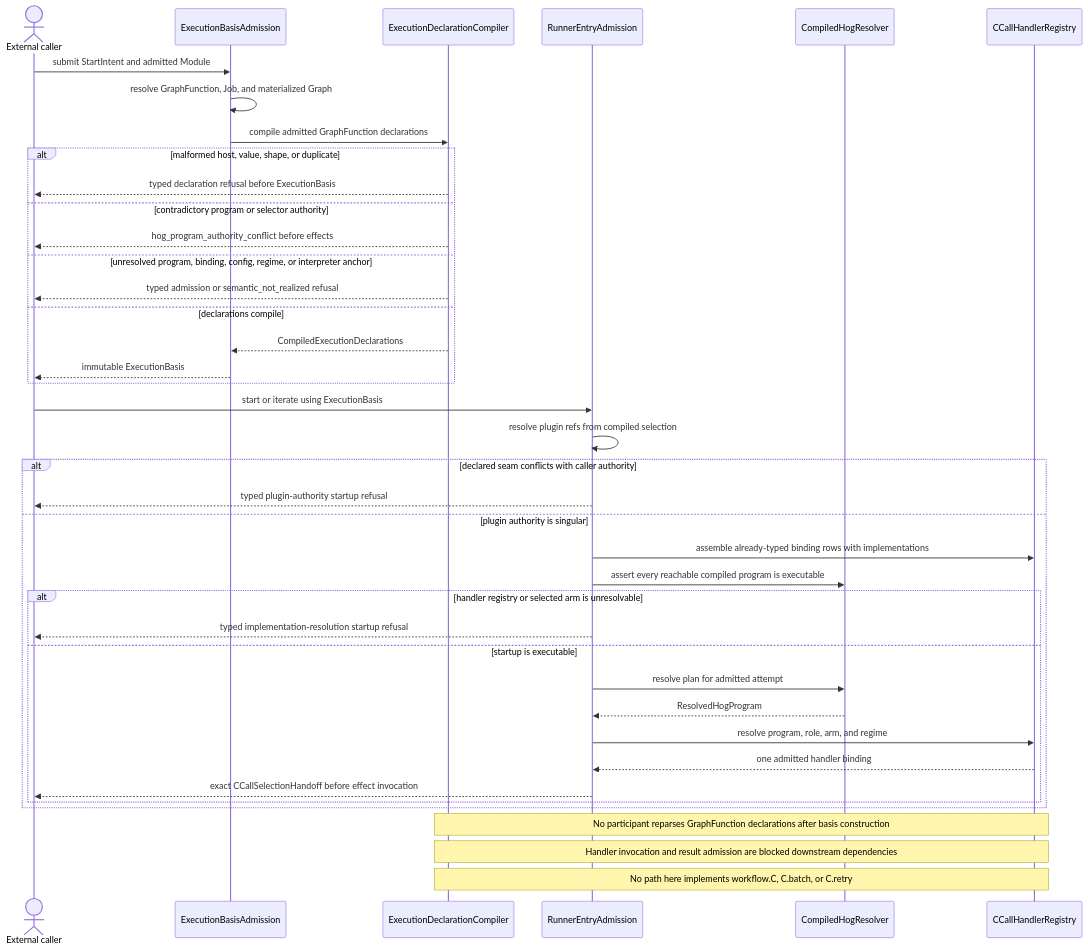
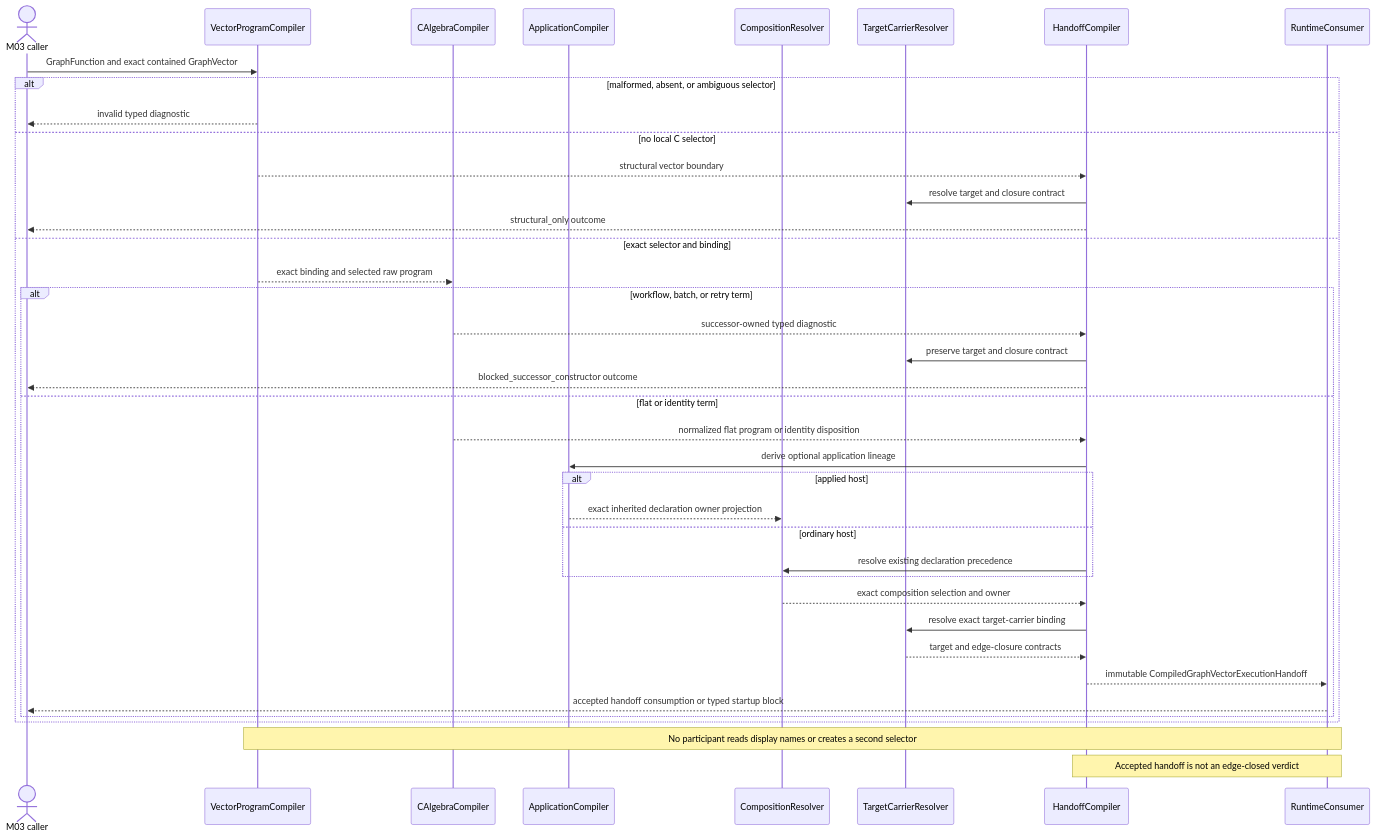
The second of 3 diagrams in build_tenants/abiogenesis/typescript/design/M03_COMPILED_EXECUTION_HANDOFF_BEHAVIOR_DESIGN.md (foolishimp/abiogenesis), drawn with Mermaid before and after one commit. The commit also changed other lines of this file and 6 other files, not shown here.

Commit message:
docs(design): reframe T-255 vector execution handoff

````diff
--- a/build_tenants/abiogenesis/typescript/design/M03_COMPILED_EXECUTION_HANDOFF_BEHAVIOR_DESIGN.md
+++ b/build_tenants/abiogenesis/typescript/design/M03_COMPILED_EXECUTION_HANDOFF_BEHAVIOR_DESIGN.md
@@ -295,45 +337,43 @@
 ```mermaid
 sequenceDiagram
-  actor Caller as External caller
-  participant Basis as ExecutionBasisAdmission
-  participant Compiler as ExecutionDeclarationCompiler
-  participant Entry as RunnerEntryAdmission
-  participant Hog as CompiledHogResolver
-  participant Registry as CCallHandlerRegistry
+  actor Caller as M03 caller
+  participant T254 as VectorProgramCompiler
+  participant C as CAlgebraCompiler
+  participant T265 as ApplicationCompiler
+  participant Fn as CompositionResolver
+  participant Target as TargetCarrierResolver
+  participant Handoff as HandoffCompiler
+  participant Runtime as RuntimeConsumer
 
-  Caller->>Basis: submit StartIntent and admitted Module
-  Basis->>Basis: resolve GraphFunction, Job, and materialized Graph
-  Basis->>Compiler: compile admitted GraphFunction declarations
-  alt malformed host, value, shape, or duplicate
-    Compiler-->>Caller: typed declaration refusal before ExecutionBasis
-  else contradictory program or selector authority
-    Compiler-->>Caller: hog_program_authority_conflict before effects
-  else unresolved program, binding, config, regime, or interpreter anchor
-    Compiler-->>Caller: typed admission or semantic_not_realized refusal
-  else declarations compile
-    Compiler-->>Basis: CompiledExecutionDeclarations
-    Basis-->>Caller: immutable ExecutionBasis
-  end
-
-  Caller->>Entry: start or iterate using ExecutionBasis
-  Entry->>Entry: resolve plugin refs from compiled selection
-  alt declared seam conflicts with caller authority
-    Entry-->>Caller: typed plugin-authority startup refusal
-  else plugin authority is singular
-    Entry->>Registry: assemble already-typed binding rows with implementations
-    Entry->>Hog: assert every reachable compiled program is executable
-    alt handler registry or selected arm is unresolvable
-      Entry-->>Caller: typed implementation-resolution startup refusal
-    else startup is executable
-      Entry->>Hog: resolve plan for admitted attempt
-      Hog-->>Entry: ResolvedHogProgram
-      Entry->>Registry: resolve program, role, arm, and regime
-      Registry-->>Entry: one admitted handler binding
-      Entry-->>Caller: exact CCallSelectionHandoff before effect invocation
+  Caller->>T254: GraphFunction and exact contained GraphVector
+  alt malformed, absent, or ambiguous selector
+    T254-->>Caller: invalid typed diagnostic
+  else no local C selector
+    T254-->>Handoff: structural vector boundary
+    Handoff->>Target: resolve target and closure contract
+    Handoff-->>Caller: structural_only outcome
+  else exact selector and binding
+    T254-->>C: exact binding and selected raw program
+    alt workflow, batch, or retry term
+      C-->>Handoff: successor-owned typed diagnostic
+      Handoff->>Target: preserve target and closure contract
+      Handoff-->>Caller: blocked_successor_constructor outcome
+    else flat or identity term
+      C-->>Handoff: normalized flat program or identity disposition
+      Handoff->>T265: derive optional application lineage
+      alt applied host
+        T265-->>Fn: exact inherited declaration owner projection
+      else ordinary host
+        Handoff->>Fn: resolve existing declaration precedence
+      end
+      Fn-->>Handoff: exact composition selection and owner
+      Handoff->>Target: resolve exact target-carrier binding
+      Target-->>Handoff: target and edge-closure contracts
+      Handoff-->>Runtime: immutable CompiledGraphVectorExecutionHandoff
+      Runtime-->>Caller: accepted handoff consumption or typed startup block
     end
   end
 
-  Note over Compiler,Registry: No participant reparses GraphFunction declarations after basis construction
-  Note over Compiler,Registry: Handler invocation and result admission are blocked downstream dependencies
-  Note over Compiler,Registry: No path here implements workflow.C, C.batch, or C.retry
+  Note over T254,Runtime: No participant reads display names or creates a second selector
+  Note over Handoff,Runtime: Accepted handoff is not an edge-closed verdict
 ```
````
